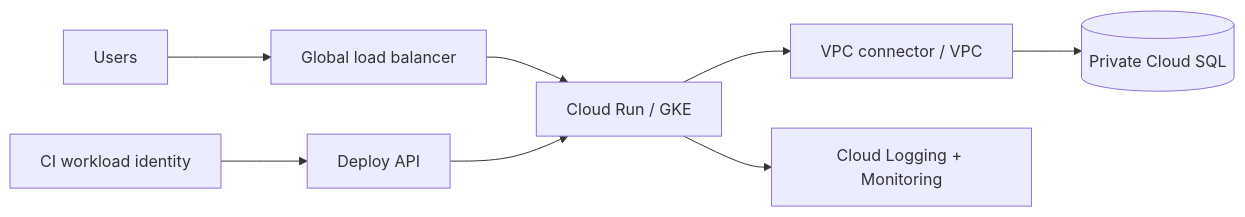
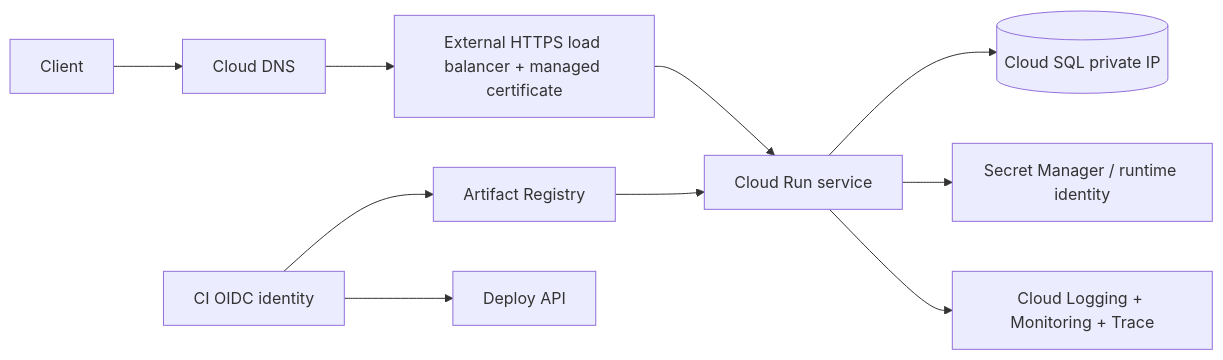
The diagram in notes/gcp/README.md (Shasi19/DevSecOps), drawn with Mermaid before and after one commit. The commit also changed other lines of this file and 78 other files, not shown here.

````diff
--- a/notes/gcp/README.md
+++ b/notes/gcp/README.md
@@ -38,10 +20,12 @@
 ```mermaid
 flowchart LR
-  U[Users] --> LB[Global load balancer]
-  LB --> RUN[Cloud Run / GKE]
-  RUN --> VPC[VPC connector / VPC]
-  VPC --> SQL[(Private Cloud SQL)]
-  RUN --> LOG[Cloud Logging + Monitoring]
-  CI[CI workload identity] --> DEPLOY[Deploy API]
-  DEPLOY --> RUN
+  User[Client] --> DNS[Cloud DNS]
+  DNS --> LB[External HTTPS load balancer + managed certificate]
+  LB --> Run[Cloud Run service]
+  Run --> SQL[(Cloud SQL private IP)]
+  Run --> SM[Secret Manager / runtime identity]
+  Run --> Obs[Cloud Logging + Monitoring + Trace]
+  CI[CI OIDC identity] --> Artifact[Artifact Registry]
+  CI --> Deploy[Deploy API]
+  Artifact --> Run
 ```
````
